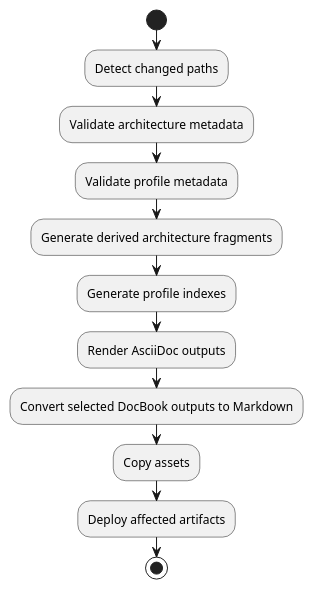
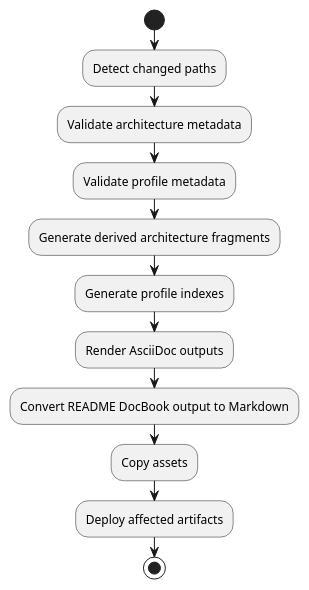
Before and after one commit to dieterbaier/profile: the diagram in src-content/docs/arc42/doc-06000-runtime-view.adoc, drawn with PlantUML. The commit also changed 28 other files, not shown here.

```diff
--- a/src-content/docs/arc42/doc-06000-runtime-view.adoc
+++ b/src-content/docs/arc42/doc-06000-runtime-view.adoc
@@ -22,16 +22,16 @@
 [plantuml]
 ----
 @startuml
 start
 :Detect changed paths;
 :Validate architecture metadata;
 :Validate profile metadata;
 :Generate derived architecture fragments;
 :Generate profile indexes;
 :Render AsciiDoc outputs;
-:Convert selected DocBook outputs to Markdown;
+:Convert README DocBook output to Markdown;
 :Copy assets;
 :Deploy affected artifacts;
 stop
 @enduml
 ----
```
